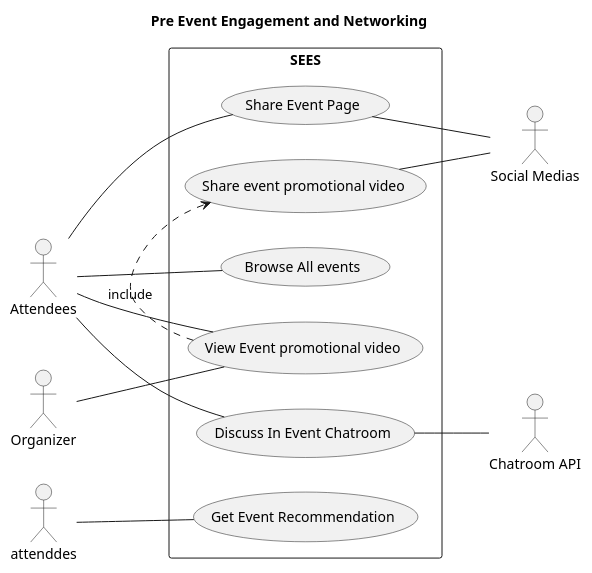
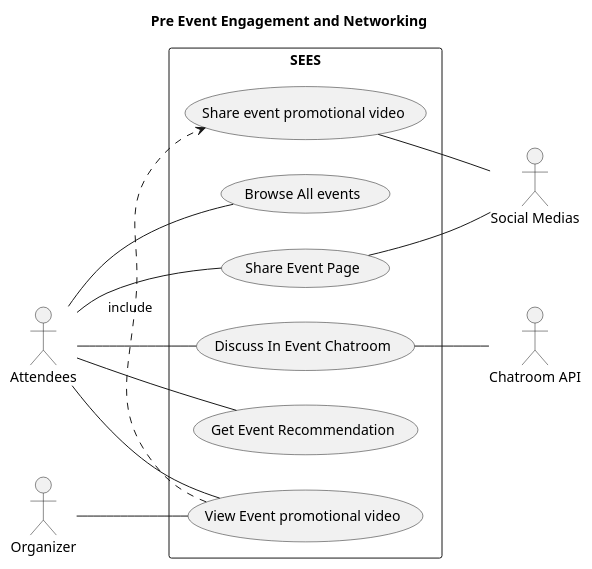
The diagram in Documentation/Use Case/ucd_PreEvent_Engagement.puml (DominiqueProulx/SOEN343-PartyPoopers), drawn with PlantUML before and after one commit. The commit also changed 2 other files, not shown here.

Commit message:
modified a typo in attendees

```diff
--- a/Documentation/Use Case/ucd_PreEvent_Engagement.puml
+++ b/Documentation/Use Case/ucd_PreEvent_Engagement.puml
@@ -1,34 +1,34 @@
 @startuml
 title Pre Event Engagement and Networking
 
 left to right direction
 
 actor "Attendees" as attendees
 actor "Organizer" as org
 rectangle SEES {
   usecase "View Event promotional video" as promo_vid
   usecase "Share Event Page" as share_event
   usecase "Discuss In Event Chatroom" as eng1
   usecase "Get Event Recommendation" as event_recommend
   usecase "Share event promotional video" as share_vid
   usecase "Browse All events" as browse
 }
 
 attendees -- eng1
 org -- promo_vid
 attendees -- promo_vid
 attendees -- share_event
 promo_vid .> share_vid : include
-attenddes -- event_recommend
+attendees -- event_recommend
 attendees -- browse
 
 
 actor "Chatroom API" as chatroom_api
 actor "Social Medias" as soc_med
 
 
 eng1 -- chatroom_api
 share_vid -- soc_med
 share_event -- soc_med
 
 @enduml
```
